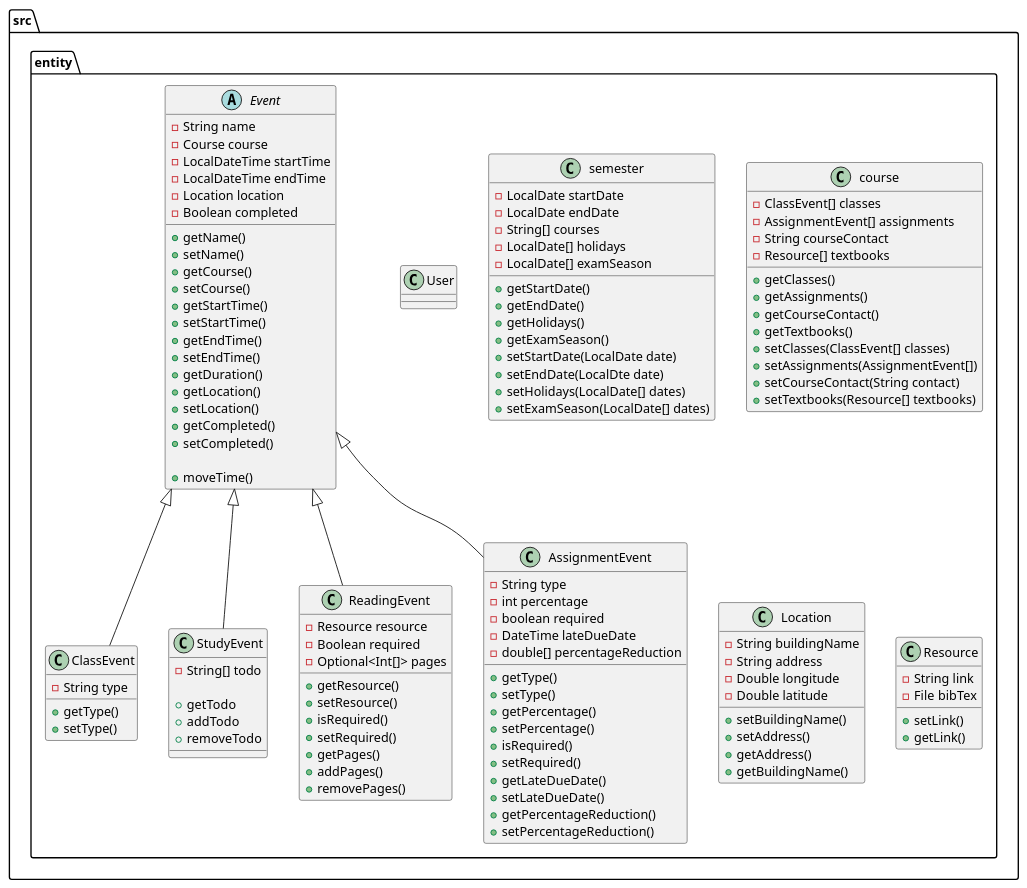
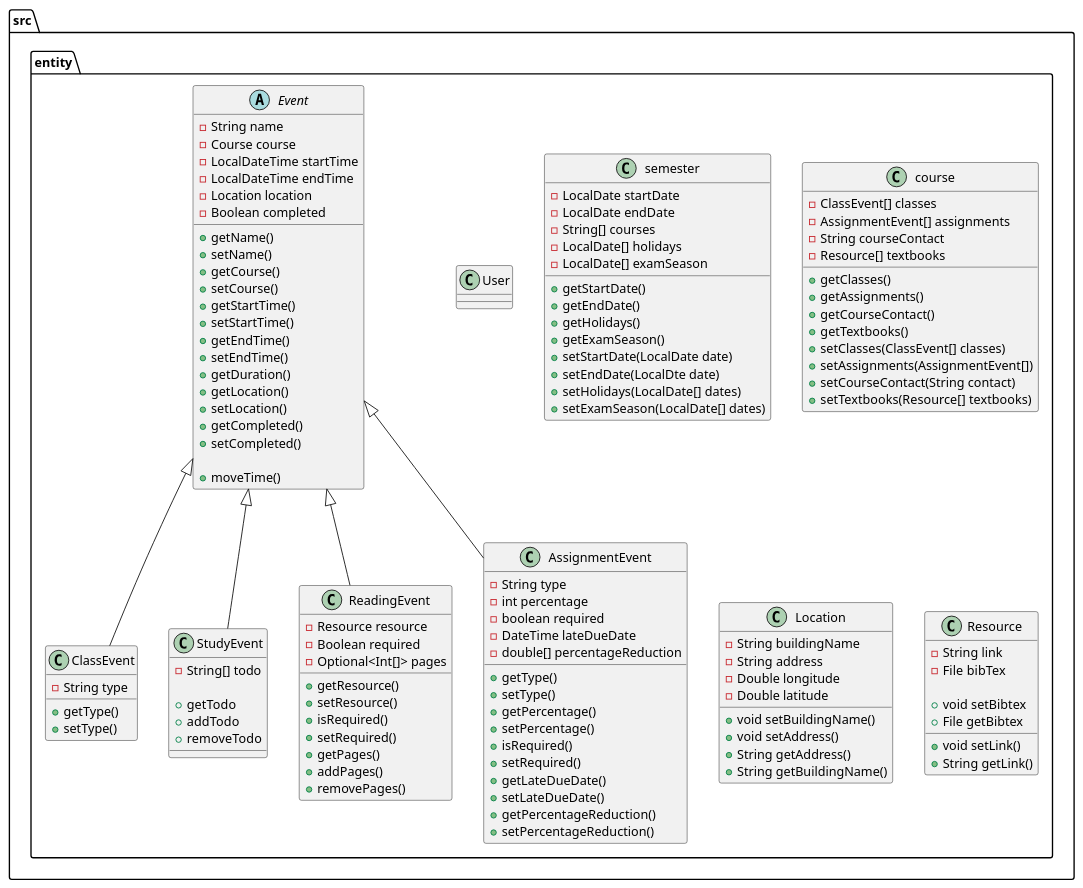
The diagram in DESIGN.puml (Rafiah-n/AcademiCal), drawn with PlantUML before and after one commit.

Commit message:
"Changes on setters and getters of Resource and Location"

```diff
--- a/DESIGN.puml
+++ b/DESIGN.puml
@@ -1,143 +1,145 @@
 @startuml
 
 folder src {
 
     folder entity {
 
         abstract Event {
             - String name
             - Course course
             - LocalDateTime startTime
             - LocalDateTime endTime
             - Location location
             - Boolean completed
 
             + getName()
             + setName()
             + getCourse()
             + setCourse()
             + getStartTime()
             + setStartTime()
             + getEndTime()
             + setEndTime()
             + getDuration()
             + getLocation()
             + setLocation()
             + getCompleted()
             + setCompleted()
 
             + moveTime()  /' Moves start and end times in unison '/
         }
 
         class ClassEvent extends Event {
             - String type
 
             + getType()
             + setType()
         }
 
         class StudyEvent extends Event {
             - String[] todo
 
             + getTodo
             + addTodo
             + removeTodo
         }
 
         class ReadingEvent extends Event {
             - Resource resource
             - Boolean required
             - Optional<Int[]> pages
 
             + getResource()
             + setResource()
             + isRequired()
             + setRequired()
             + getPages()
             + addPages()
             + removePages()
         }
 
         class AssignmentEvent extends Event {
             - String type
             - int percentage
             - boolean required
             - DateTime lateDueDate
             - double[] percentageReduction
 
 
             + getType()
             + setType()
             + getPercentage()
             + setPercentage()
             + isRequired()
             + setRequired()
             + getLateDueDate()
             + setLateDueDate()
             + getPercentageReduction()
             + setPercentageReduction()
         }
 
         class User {
             ' Unimplemented for now
         }
 
         class semester{
             - LocalDate startDate
             - LocalDate endDate
             - String[] courses
             - LocalDate[] holidays
             - LocalDate[] examSeason
 
             + getStartDate()
             + getEndDate()
             + getHolidays()
             + getExamSeason()
             + setStartDate(LocalDate date)
             + setEndDate(LocalDte date)
             + setHolidays(LocalDate[] dates)
             + setExamSeason(LocalDate[] dates)
         }
 
         class course {
             - ClassEvent[] classes
             - AssignmentEvent[] assignments
             - String courseContact
             - Resource[] textbooks
 
             + getClasses()
             + getAssignments()
             + getCourseContact()
             + getTextbooks()
             + setClasses(ClassEvent[] classes)
             + setAssignments(AssignmentEvent[])
             + setCourseContact(String contact)
             + setTextbooks(Resource[] textbooks)
         }
 
         class Location{
             - String buildingName
             - String address
             - Double longitude
             - Double latitude
 
-            + setBuildingName()
-            + setAddress()
-            + getAddress()
-            + getBuildingName()
+            + void setBuildingName()
+            + void setAddress()
+            + String getAddress()
+            + String getBuildingName()
         }
 
         class Resource{
             - String link
             - File bibTex
 
-            + setLink()
-            + getLink()
+            + void setLink()
+            + String getLink()
+            + void setBibtex
+            + File getBibtex
         }
 
     }  /' folder entity '/
 
 
 }  /' folder src '/
 
 @enduml
```
